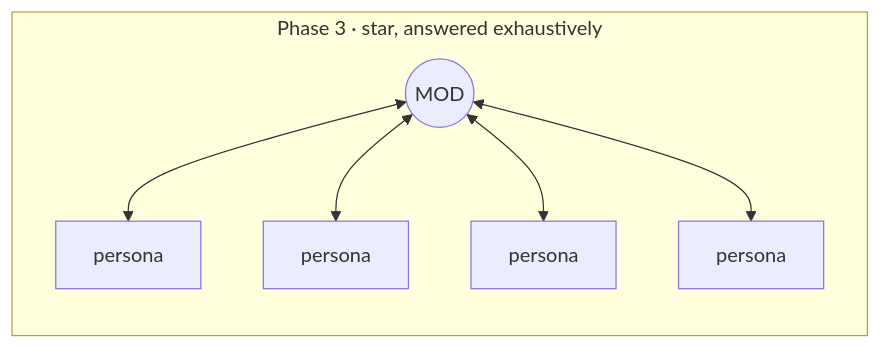
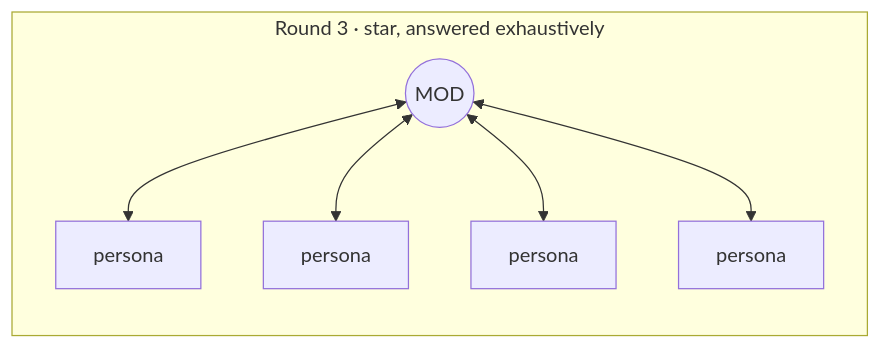
The second of 4 diagrams in docs/conversations.md (bgreg/moe-peer-review), drawn with Mermaid before and after one commit. The commit also changed other lines of this file and 2 other files, not shown here.

````diff
--- a/docs/conversations.md
+++ b/docs/conversations.md
@@ -25,8 +37,8 @@
 ```mermaid
 flowchart TB
-    subgraph three["Phase 3 · star, answered exhaustively"]
+    subgraph three["Round 3 · star, answered exhaustively"]
         direction TB
         M2(("MOD"))
         M2 <--> A2["persona"] & B2["persona"] & C2["persona"] & D2["persona"]
     end
 ```
````
